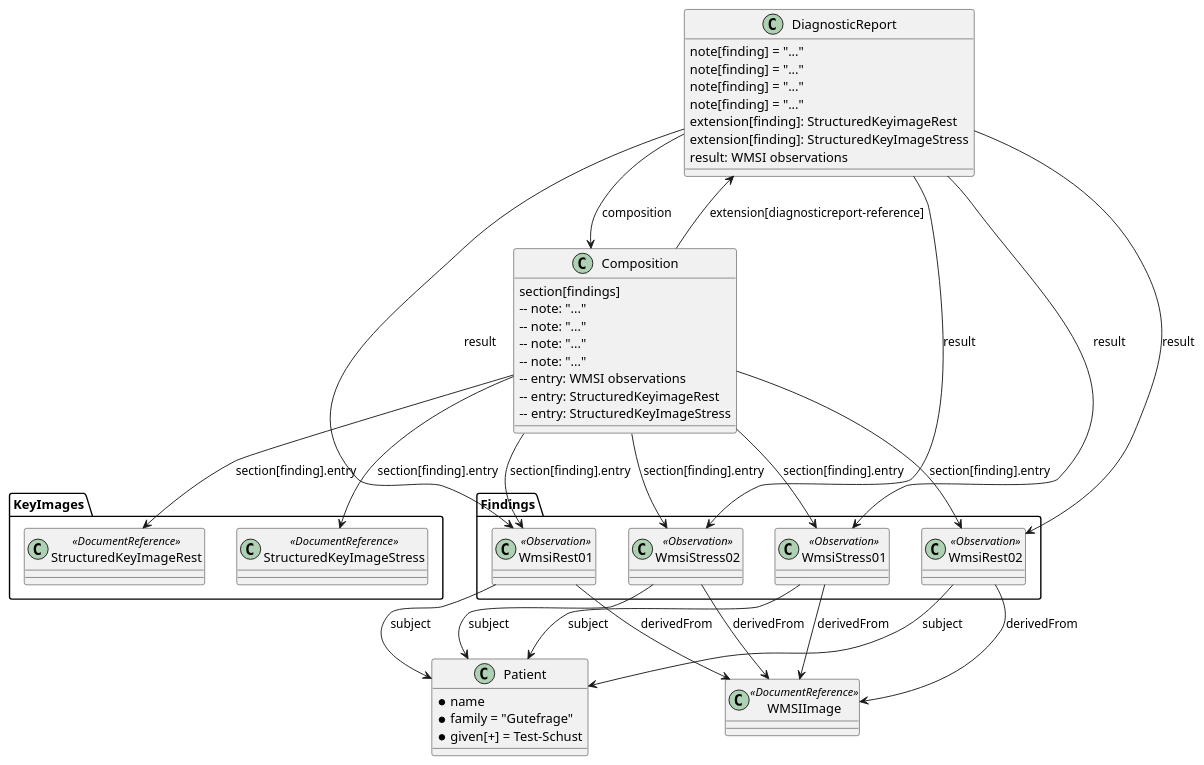
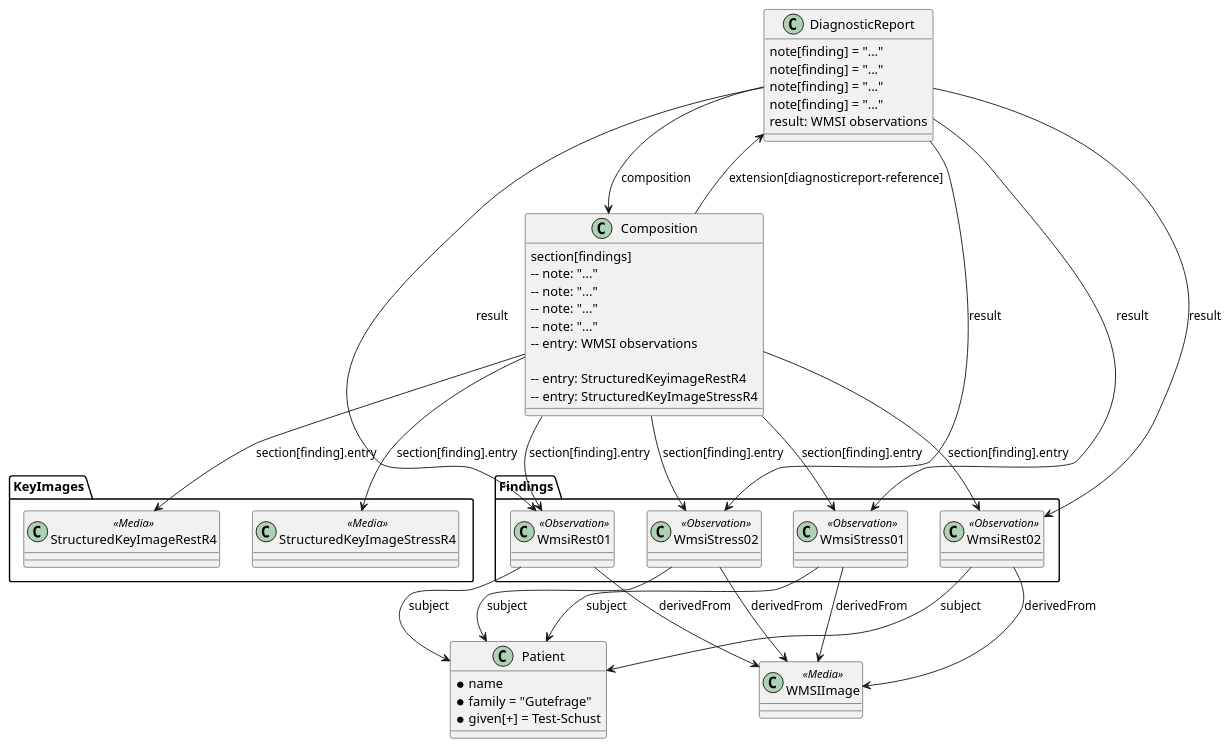
The diagram in input/images-source/example-structured-findings.plantuml (oijauregui/ehdsimaging-r4), drawn with PlantUML before and after one commit. The commit also changed 112 other files, not shown here.

```diff
--- a/input/images-source/example-structured-findings.plantuml
+++ b/input/images-source/example-structured-findings.plantuml
@@ -1,71 +1,73 @@
 @startuml
 
     package Findings {
         class WmsiRest01 <<Observation>> [[./Observation-RestWmsi01.html]]
         class WmsiRest02 <<Observation>> [[./Observation-RestWmsi02.html]]
         class WmsiStress01 <<Observation>> [[./Observation-StressWmsi01.html]]
         class WmsiStress02 <<Observation>> [[./Observation-StressWmsi02.html]]
     }
     package KeyImages {
-        class StructuredKeyImageRest <<DocumentReference>> [[./DocumentReference-StructuredKeyImageRest.html]]
-        class StructuredKeyImageStress <<DocumentReference>> [[./DocumentReference-StructuredKeyImageStress.html]]
-    }
-    package KeyImages {
-        class StructuredKeyImageRest <<DocumentReference>> [[./DocumentReference-StructuredKeyImageRest.html]]
-        class StructuredKeyImageStress <<DocumentReference>> [[./DocumentReference-StructuredKeyImageStress.html]]
+
+        class StructuredKeyImageRestR4 <<Media>> [[./Media-StructuredKeyImageRestR4.html]]
+        class StructuredKeyImageStressR4 <<Media>> [[./Media-StructuredKeyImageStressR4.html]]
+
     }
  
     WmsiRest01 --> Patient: subject
     WmsiRest01 --> WMSIImage: derivedFrom
     WmsiStress01 --> Patient: subject
     WmsiStress01 --> WMSIImage: derivedFrom
     WmsiRest02 --> Patient: subject
     WmsiRest02 --> WMSIImage: derivedFrom
     WmsiStress02 --> Patient: subject
     WmsiStress02 --> WMSIImage: derivedFrom
 
-    class WMSIImage <<DocumentReference>>
+
+    class WMSIImage <<Media>>
+
 
     DiagnosticReport --> Composition: composition
     DiagnosticReport --> WmsiRest01: result
     DiagnosticReport --> WmsiRest02: result
     DiagnosticReport --> WmsiStress01: result
     DiagnosticReport --> WmsiStress02: result
 
     Composition --> DiagnosticReport: extension[diagnosticreport-reference]
     Composition --> WmsiRest01: section[finding].entry
     Composition --> WmsiRest02: section[finding].entry
     Composition --> WmsiStress01: section[finding].entry
     Composition --> WmsiStress02: section[finding].entry
-    Composition --> StructuredKeyImageStress: section[finding].entry
-    Composition --> StructuredKeyImageRest: section[finding].entry
+
+    Composition --> StructuredKeyImageStressR4: section[finding].entry
+    Composition --> StructuredKeyImageRestR4: section[finding].entry
+
 
     class Patient{
         * name 
           * family = "Gutefrage"
           * given[+] = Test-Schust
     }
 
     class Composition [[./Composition-CompositionStructured.html]] {
         section[findings]
         -- note: "..."
         -- note: "..."
         -- note: "..."
         -- note: "..."
         -- entry: WMSI observations
-        -- entry: StructuredKeyimageRest
-        -- entry: StructuredKeyImageStress
+    
+        -- entry: StructuredKeyimageRestR4
+        -- entry: StructuredKeyImageStressR4
+    
     }
 
     class DiagnosticReport [[./DiagnosticReport-DiagnosticReportStructured.html]] {
         note[finding] = "..."
         note[finding] = "..."
         note[finding] = "..."
         note[finding] = "..."
-        extension[finding]: StructuredKeyimageRest
-        extension[finding]: StructuredKeyImageStress
         result: WMSI observations
     }
 
     
 @enduml
```
